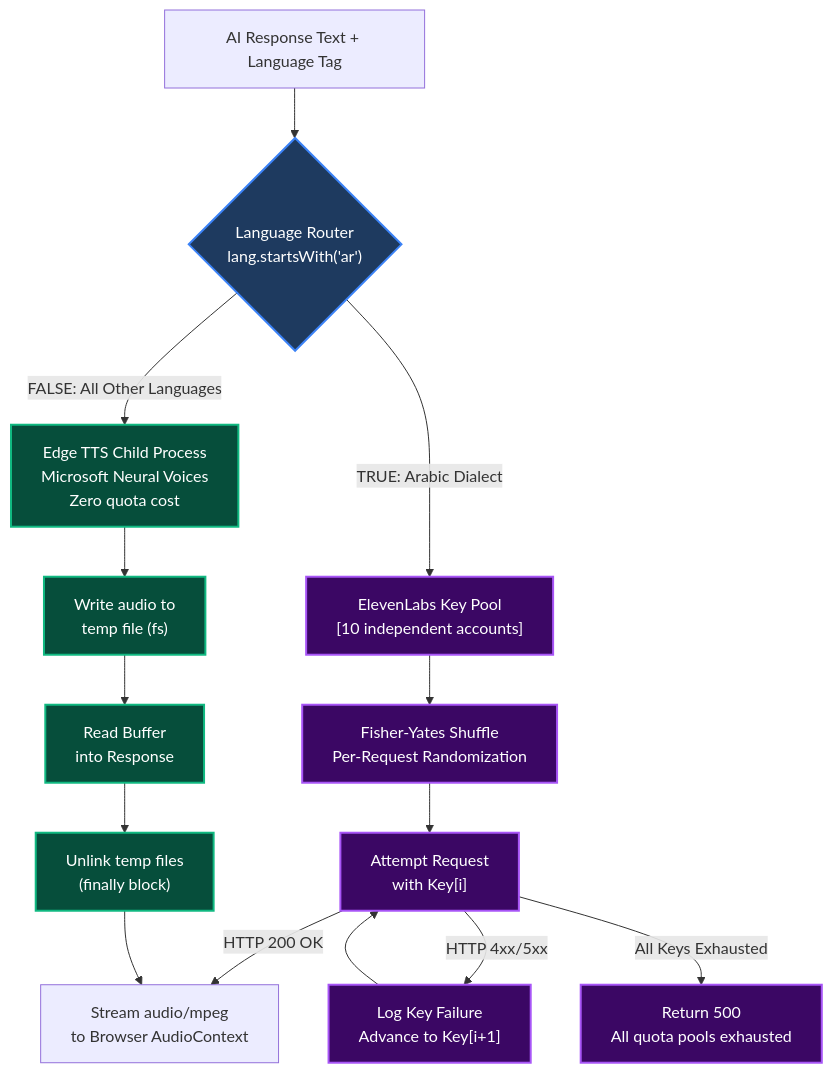
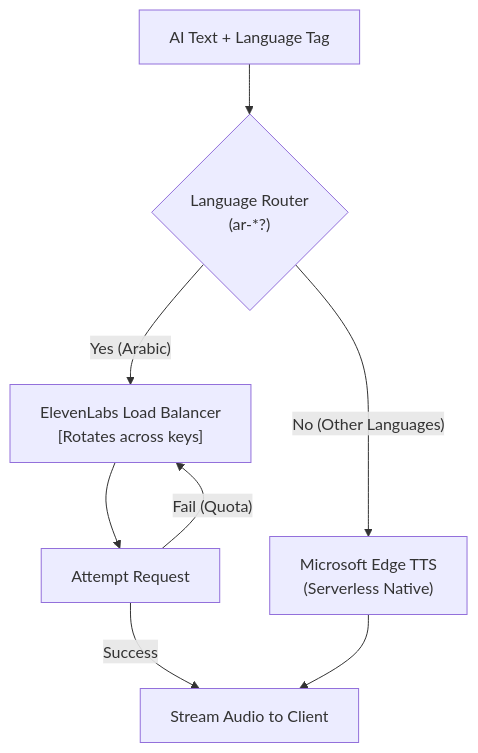
Before and after one commit to ziademad02153/ZEDX-AI-Assistant: the second of 4 diagrams in README.md, drawn with Mermaid. The commit also changed other lines of this file and 1 other file, not shown here.

````diff
--- a/README.md
+++ b/README.md
@@ -111,27 +72,13 @@
 ```mermaid
 flowchart TD
-    INPUT["AI Response Text + Language Tag"] --> ROUTER{"Language Router\n lang.startsWith('ar')"}
+    INPUT["AI Text + Language Tag"] --> ROUTER{"Language Router\n(ar-*?)"}
 
-    ROUTER -- "TRUE: Arabic Dialect" --> ELEVEN_POOL["ElevenLabs Key Pool\n[10 independent accounts]"]
-    ROUTER -- "FALSE: All Other Languages" --> EDGE_PROC["Edge TTS Child Process\nMicrosoft Neural Voices\nZero quota cost"]
+    ROUTER -- "Yes (Arabic)" --> ELEVEN_POOL["ElevenLabs Load Balancer\n[Rotates across keys]"]
+    ROUTER -- "No (Other Languages)" --> EDGE_PROC["Microsoft Edge TTS\n(Serverless Native)"]
 
-    ELEVEN_POOL --> SHUFFLE["Fisher-Yates Shuffle\nPer-Request Randomization"]
-    SHUFFLE --> TRY_KEY["Attempt Request\nwith Key[i]"]
-    TRY_KEY -- "HTTP 200 OK" --> STREAM["Stream audio/mpeg\nto Browser AudioContext"]
-    TRY_KEY -- "HTTP 4xx/5xx" --> LOG["Log Key Failure\nAdvance to Key[i+1]"]
-    LOG --> TRY_KEY
-    TRY_KEY -- "All Keys Exhausted" --> ERROR["Return 500\nAll quota pools exhausted"]
+    ELEVEN_POOL --> TRY_KEY["Attempt Request"]
+    TRY_KEY -- "Success" --> STREAM["Stream Audio to Client"]
+    TRY_KEY -- "Fail (Quota)" --> ELEVEN_POOL
 
-    EDGE_PROC --> TEMP_FILE["Write audio to\ntemp file (fs)"]
-    TEMP_FILE --> READ_BUFFER["Read Buffer\ninto Response"]
-    READ_BUFFER --> CLEANUP["Unlink temp files\n(finally block)"]
-    CLEANUP --> STREAM
-
-    classDef router fill:#1e3a5f,stroke:#3b82f6,stroke-width:2px,color:#fff;
-    classDef eleven fill:#3b0764,stroke:#a855f7,stroke-width:2px,color:#fff;
-    classDef edge fill:#064e3b,stroke:#10b981,stroke-width:2px,color:#fff;
-
-    class ROUTER router;
-    class ELEVEN_POOL,SHUFFLE,TRY_KEY,LOG,ERROR eleven;
-    class EDGE_PROC,TEMP_FILE,READ_BUFFER,CLEANUP edge;
+    EDGE_PROC --> STREAM
 ```
````
